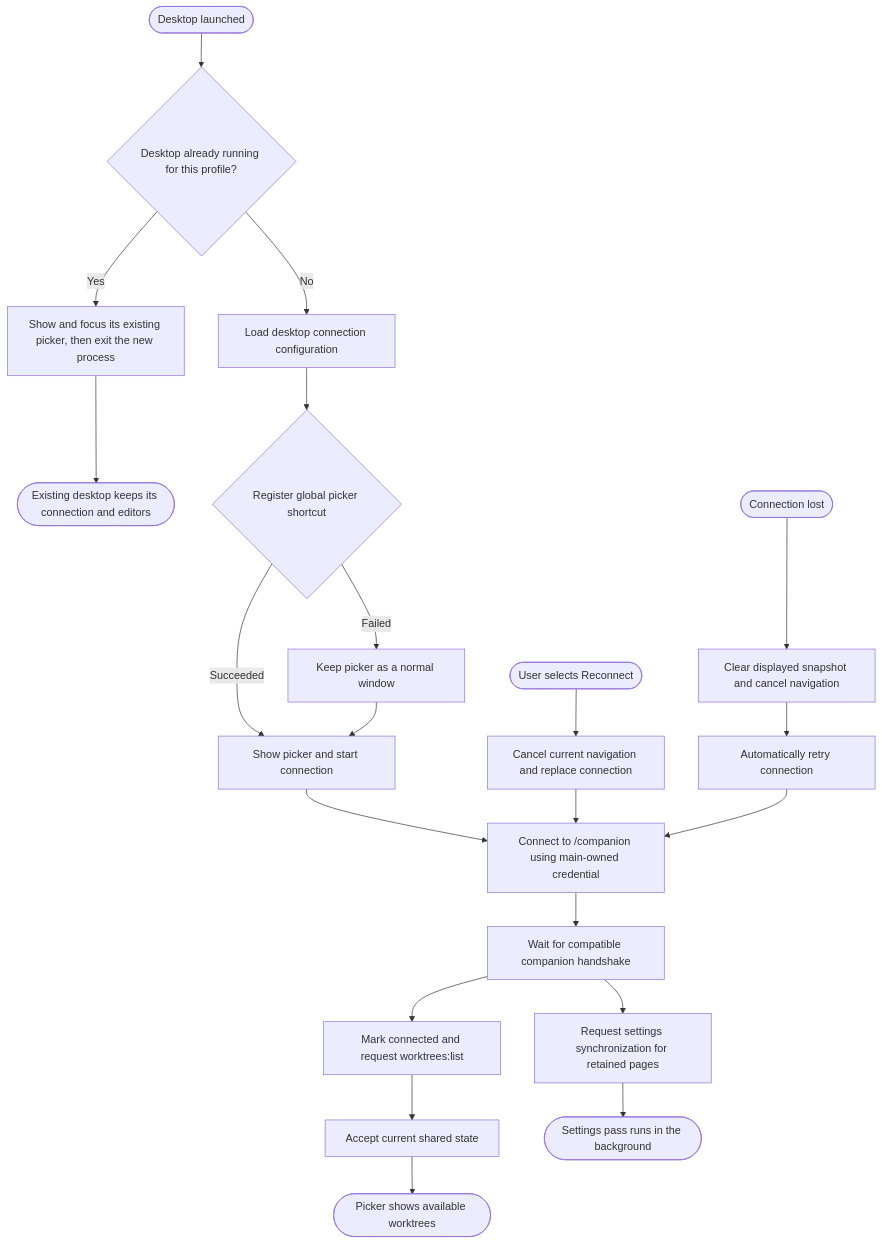
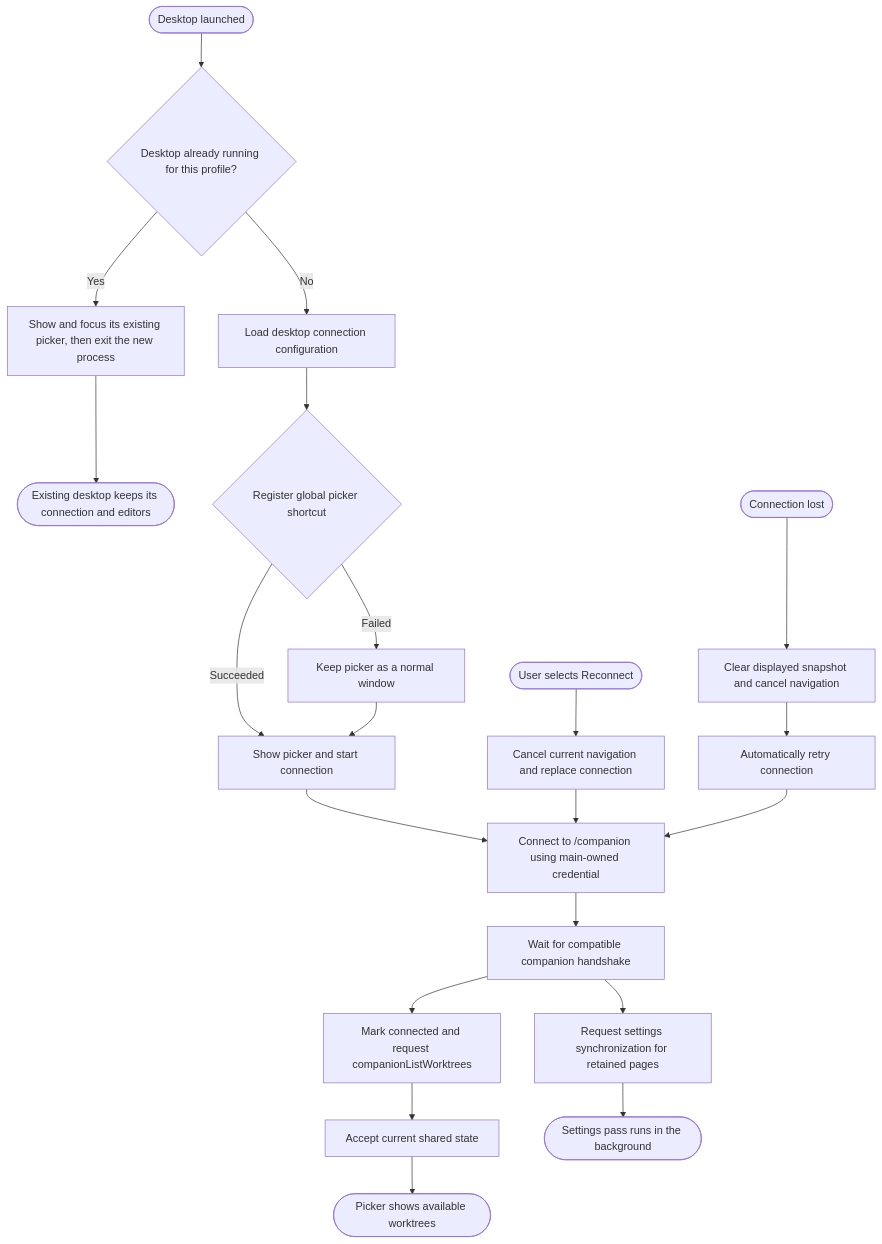
The first of 8 diagrams in workflows/desktop.md (takeshibaconsuzuki/ade-overlay), drawn with Mermaid before and after one commit. The commit also changed other lines of this file and 70 other files, not shown here.

````diff
--- a/workflows/desktop.md
+++ b/workflows/desktop.md
@@ -8,25 +8,25 @@
 ```mermaid
 flowchart TD
     Launch([Desktop launched]) --> Running{Desktop already running for this profile?}
     Running -->|Yes| Handoff[Show and focus its existing picker, then exit the new process]
     Handoff --> Reused([Existing desktop keeps its connection and editors])
     Running -->|No| Config[Load desktop connection configuration]
     Config --> Shortcut{Register global picker shortcut}
     Shortcut -->|Succeeded| Start[Show picker and start connection]
     Shortcut -->|Failed| Normal[Keep picker as a normal window]
     Normal --> Start
     Retry([User selects Reconnect]) --> Reset[Cancel current navigation and replace connection]
     Lost([Connection lost]) --> ResetState[Clear displayed snapshot and cancel navigation]
     ResetState --> Automatic[Automatically retry connection]
     Start --> Connect[Connect to /companion using main-owned credential]
     Reset --> Connect
     Automatic --> Connect
     Connect --> Hello[Wait for compatible companion handshake]
-    Hello --> Fetch[Mark connected and request worktrees:list]
+    Hello --> Fetch[Mark connected and request companionListWorktrees]
     Fetch --> Accept[Accept current shared state]
     Accept --> Ready([Picker shows available worktrees])
     Hello --> Settings[Request settings synchronization for retained pages]
     Settings --> Background([Settings pass runs in the background])
     click Accept "desktop.md#accept-shared-state"
     click Settings "settings.md#schedule-synchronization"
 ```
````
